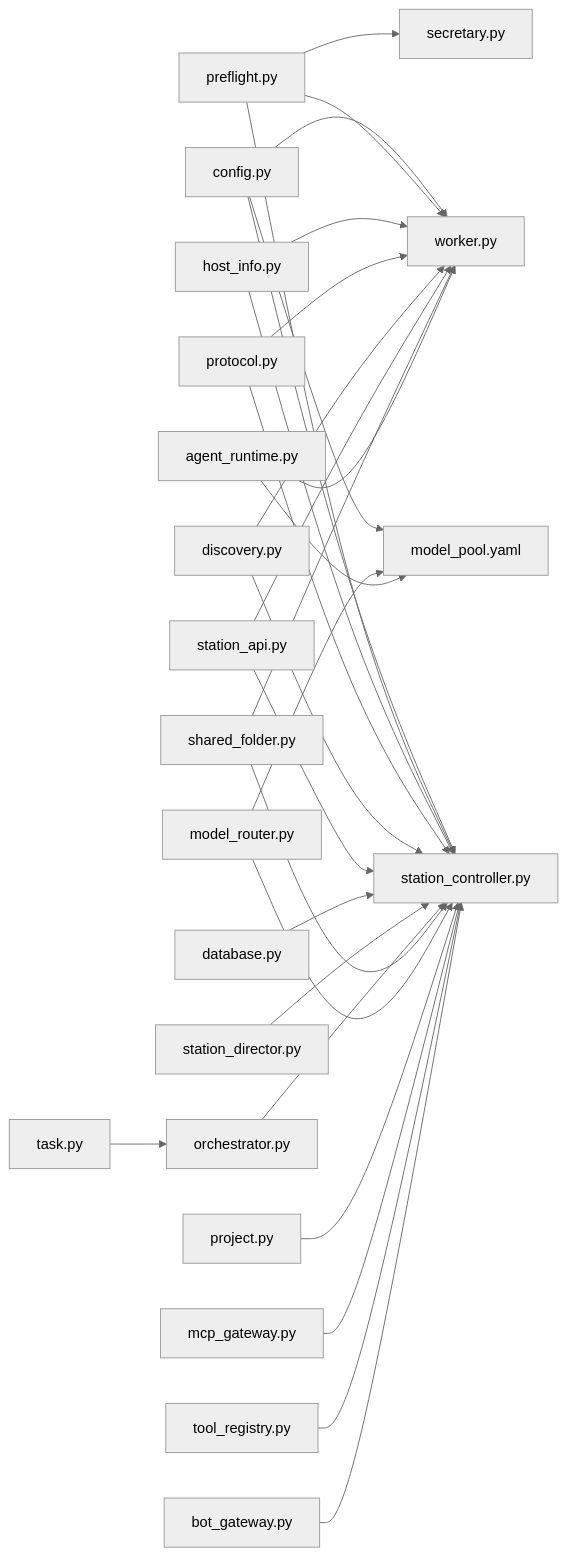
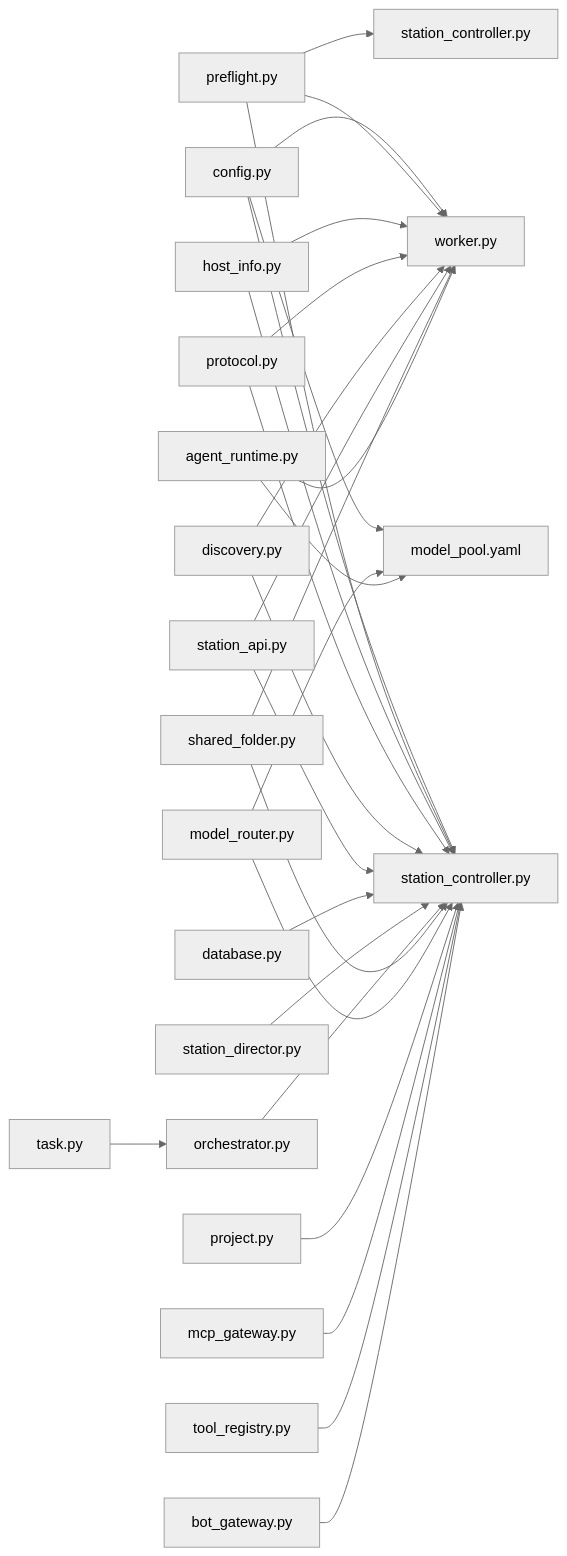
One commit to targalian/Personal-distributed-workstation changed diagram 13 of 13 in .qoder/repowiki/zh/content/核心模块/核心模块.md. Above: the diagram before and after it, drawn with Mermaid (neutral theme). The commit also changed 63 other files, not shown here.

Commit message:
docs(station): 同步 repo wiki 至 station_controller/station_api 架构

````diff
--- a/.qoder/repowiki/zh/content/核心模块/核心模块.md
+++ b/.qoder/repowiki/zh/content/核心模块/核心模块.md
@@ -857,31 +857,31 @@
 ```mermaid
 graph LR
 Config["config.py"] --> Station["station_controller.py"]
 Config --> Worker["worker.py"]
 Config --> ModelPool["model_pool.yaml"]
 Preflight["preflight.py"] --> Station
 Preflight --> Worker
-Preflight --> Secretary["secretary.py"]
+Preflight --> Secretary["station_controller.py"]
 HostInfo["host_info.py"] --> Station
 HostInfo --> Worker
 Protocol["protocol.py"] --> Station
 Protocol --> Worker
 Discovery["discovery.py"] --> Station
 Discovery --> Worker
 API["station_api.py"] --> Station
 API --> Worker
 DB["database.py"] --> Station
 StationDirector["station_director.py"] --> Station
 Orchestrator["orchestrator.py"] --> Station
 Task["task.py"] --> Orchestrator
 Shared["shared_folder.py"] --> Station
 Shared --> Worker
 ModelRouter["model_router.py"] --> Station
 ModelRouter --> ModelPool
 ProjectManager["project.py"] --> Station
 MCPGateway["mcp_gateway.py"] --> Station
 AgentRuntime["agent_runtime.py"] --> Worker
 AgentRuntime --> ModelPool
 ToolRegistry["tool_registry.py"] --> Station
 BotGateway["bot_gateway.py"] --> Station
 ```
````
